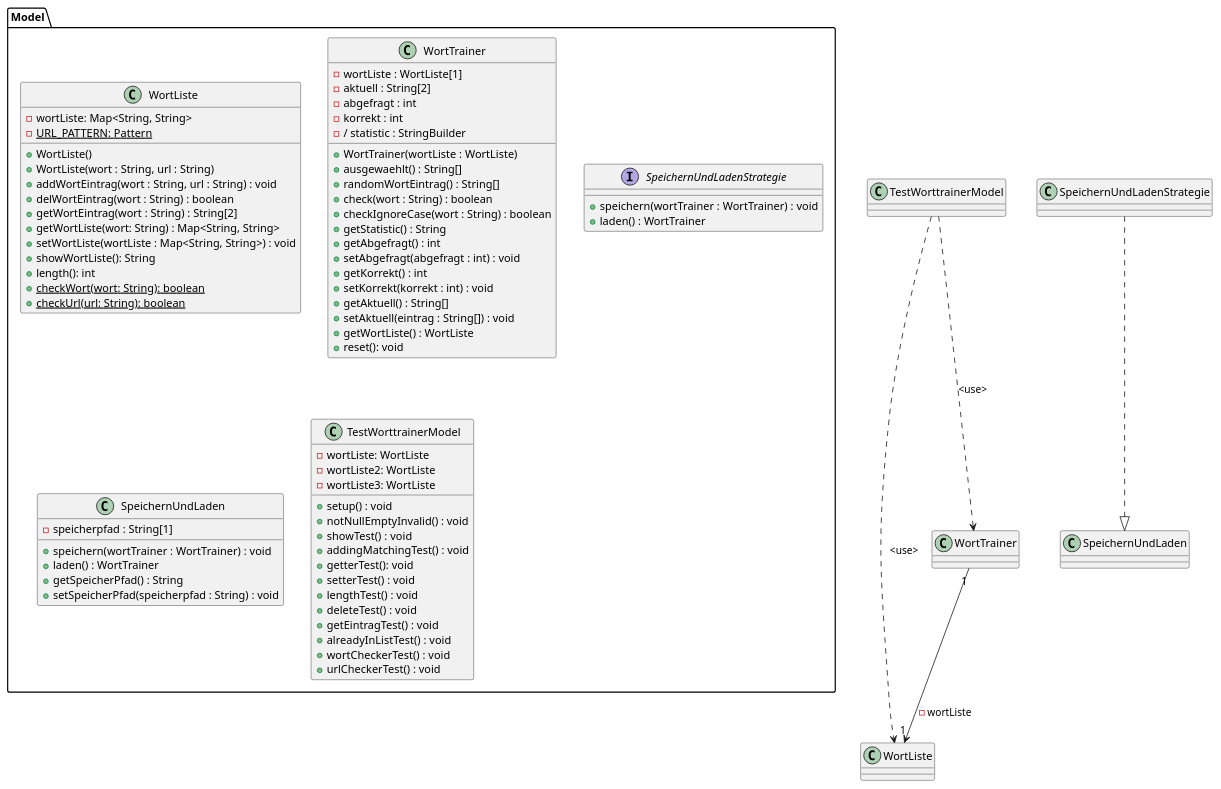
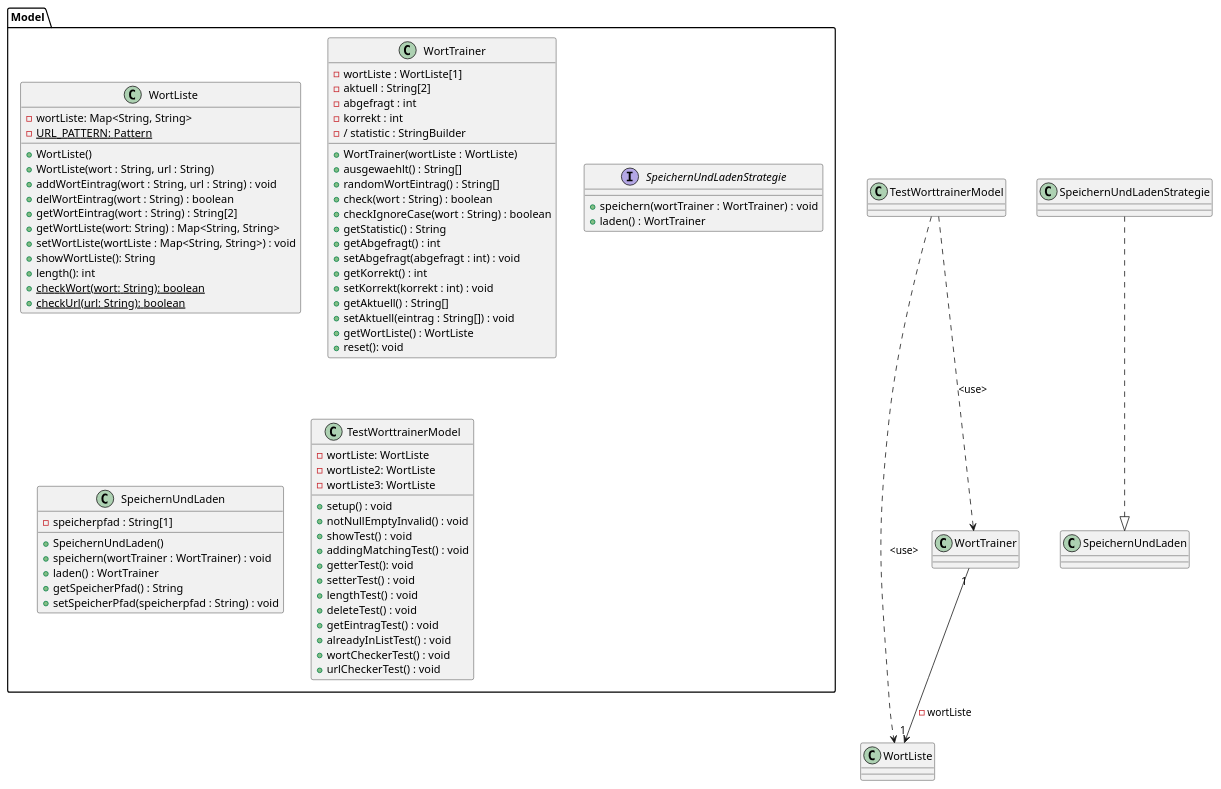
One commit to TGM-HIT/sew9-2425-worttrainer-Batscho changed the diagram in src/main/resources/Worttrainer Reloaded.puml. Above: the diagram before and after it, drawn with PlantUML. The commit also changed 23 other files, not shown here.

Commit message:
[GK] Worttrainer Reloaded Commit 43: Es wurde auf einen nötigen Standardkonstruktor vorerst verzichtet, und nun im UML nachgeholt.

```diff
--- a/src/main/resources/Worttrainer Reloaded.puml
+++ b/src/main/resources/Worttrainer Reloaded.puml
@@ -1,79 +1,80 @@
 @startuml
 'https://plantuml.com/class-diagram
 
 TestWorttrainerModel ..> WortListe : <use>
 TestWorttrainerModel ..> WortTrainer : <use>
 WortTrainer "1" --> "1" WortListe : - wortListe
 SpeichernUndLadenStrategie ..|> SpeichernUndLaden
 package Model {
 class WortListe {
 - wortListe: Map<String, String>
 - {static} URL_PATTERN: Pattern
 + WortListe()
 + WortListe(wort : String, url : String)
 + addWortEintrag(wort : String, url : String) : void
 + delWortEintrag(wort : String) : boolean
 + getWortEintrag(wort : String) : String[2]
 + getWortListe(wort: String) : Map<String, String>
 + setWortListe(wortListe : Map<String, String>) : void
 + showWortListe(): String
 + length(): int
 + {static} checkWort(wort: String): boolean
 + {static} checkUrl(url: String): boolean
 }
 
 class WortTrainer {
 - wortListe : WortListe[1]
 - aktuell : String[2]
 - abgefragt : int
 - korrekt : int
 - / statistic : StringBuilder
 + WortTrainer(wortListe : WortListe)
 + ausgewaehlt() : String[]
 + randomWortEintrag() : String[]
 + check(wort : String) : boolean
 + checkIgnoreCase(wort : String) : boolean
 + getStatistic() : String
 + getAbgefragt() : int
 + setAbgefragt(abgefragt : int) : void
 + getKorrekt() : int
 + setKorrekt(korrekt : int) : void
 + getAktuell() : String[]
 + setAktuell(eintrag : String[]) : void
 + getWortListe() : WortListe
 + reset(): void
 }
 
 interface SpeichernUndLadenStrategie {
 + speichern(wortTrainer : WortTrainer) : void
 + laden() : WortTrainer
 }
 
 class SpeichernUndLaden {
 - speicherpfad : String[1]
++ SpeichernUndLaden()
 + speichern(wortTrainer : WortTrainer) : void
 + laden() : WortTrainer
 + getSpeicherPfad() : String
 + setSpeicherPfad(speicherpfad : String) : void
 }
 
 
 class TestWorttrainerModel {
 - wortListe: WortListe
 - wortListe2: WortListe
 - wortListe3: WortListe
 + setup() : void
 + notNullEmptyInvalid() : void
 + showTest() : void
 + addingMatchingTest() : void
 + getterTest(): void
 + setterTest() : void
 + lengthTest() : void
 + deleteTest() : void
 + getEintragTest() : void
 + alreadyInListTest() : void
 + wortCheckerTest() : void
 + urlCheckerTest() : void
 }
 
 @enduml
```
